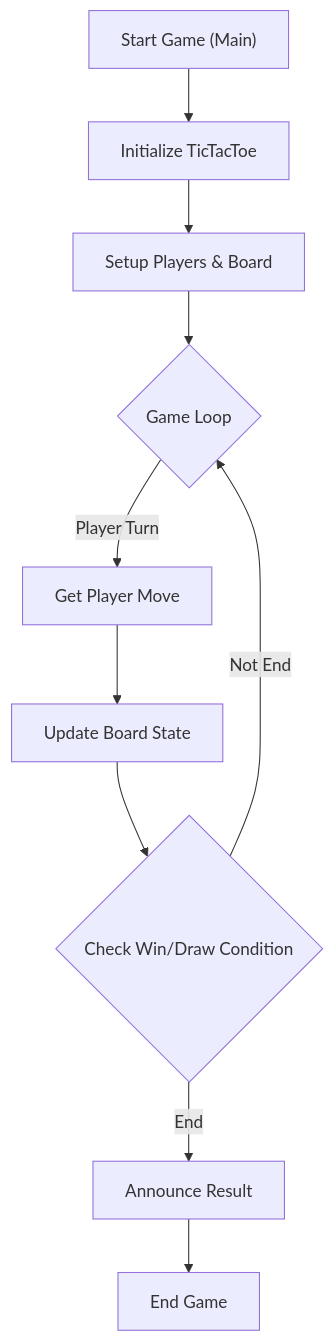
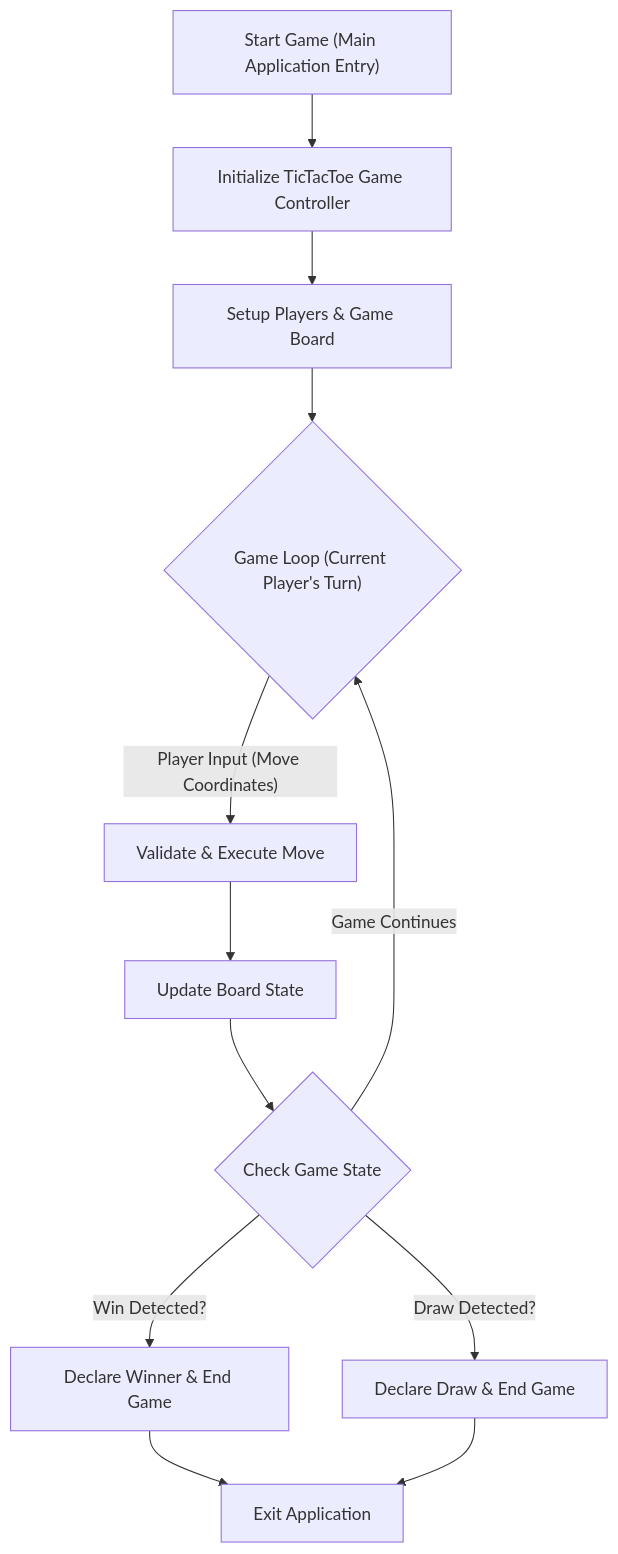
Before and after one commit to grewal16/low_level_design: the diagram in README.md, drawn with Mermaid. The commit also changed other lines of this file, not shown here.

````diff
--- a/README.md
+++ b/README.md
@@ -36,12 +39,14 @@
 ```mermaid
 graph TD
-    A["Start Game (Main)"] --> B["Initialize TicTacToe"];
-    B --> C["Setup Players & Board"];
-    C --> D{"Game Loop"};
-    D -- Player Turn --> E["Get Player Move"];
+    A["Start Game (Main Application Entry)"] --> B["Initialize TicTacToe Game Controller"];
+    B --> C["Setup Players & Game Board"];
+    C --> D{"Game Loop (Current Player's Turn)"};
+    D -- "Player Input (Move Coordinates)" --> E["Validate & Execute Move"];
     E --> F["Update Board State"];
-    F --> G{"Check Win/Draw Condition"};
-    G -- Not End --> D;
-    G -- End --> H["Announce Result"];
-    H --> I["End Game"];
+    F --> G{"Check Game State"};
+    G -- "Win Detected?" --> H["Declare Winner & End Game"];
+    G -- "Draw Detected?" --> I["Declare Draw & End Game"];
+    G -- "Game Continues" --> D;
+    H --> J["Exit Application"];
+    I --> J;
 ```
````
